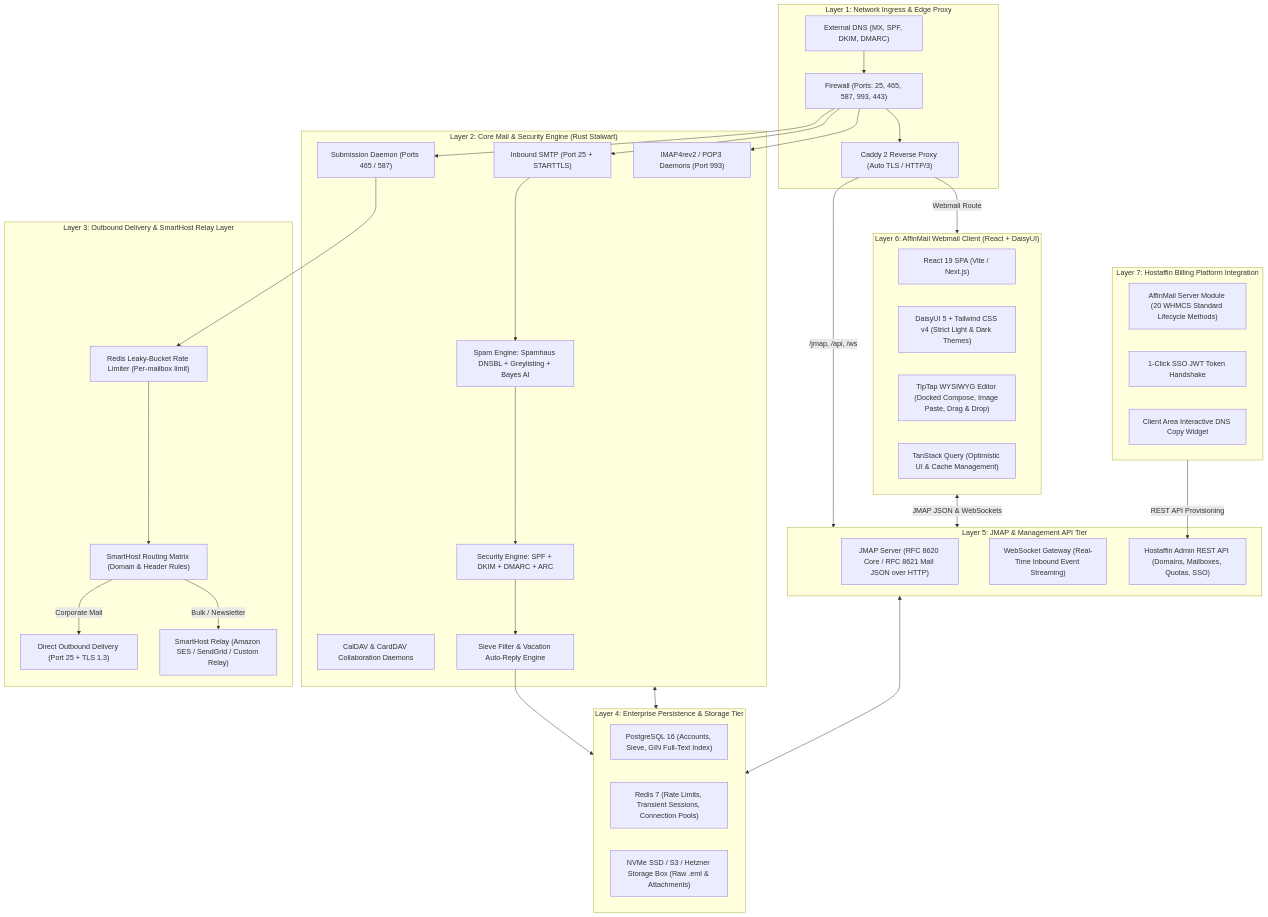
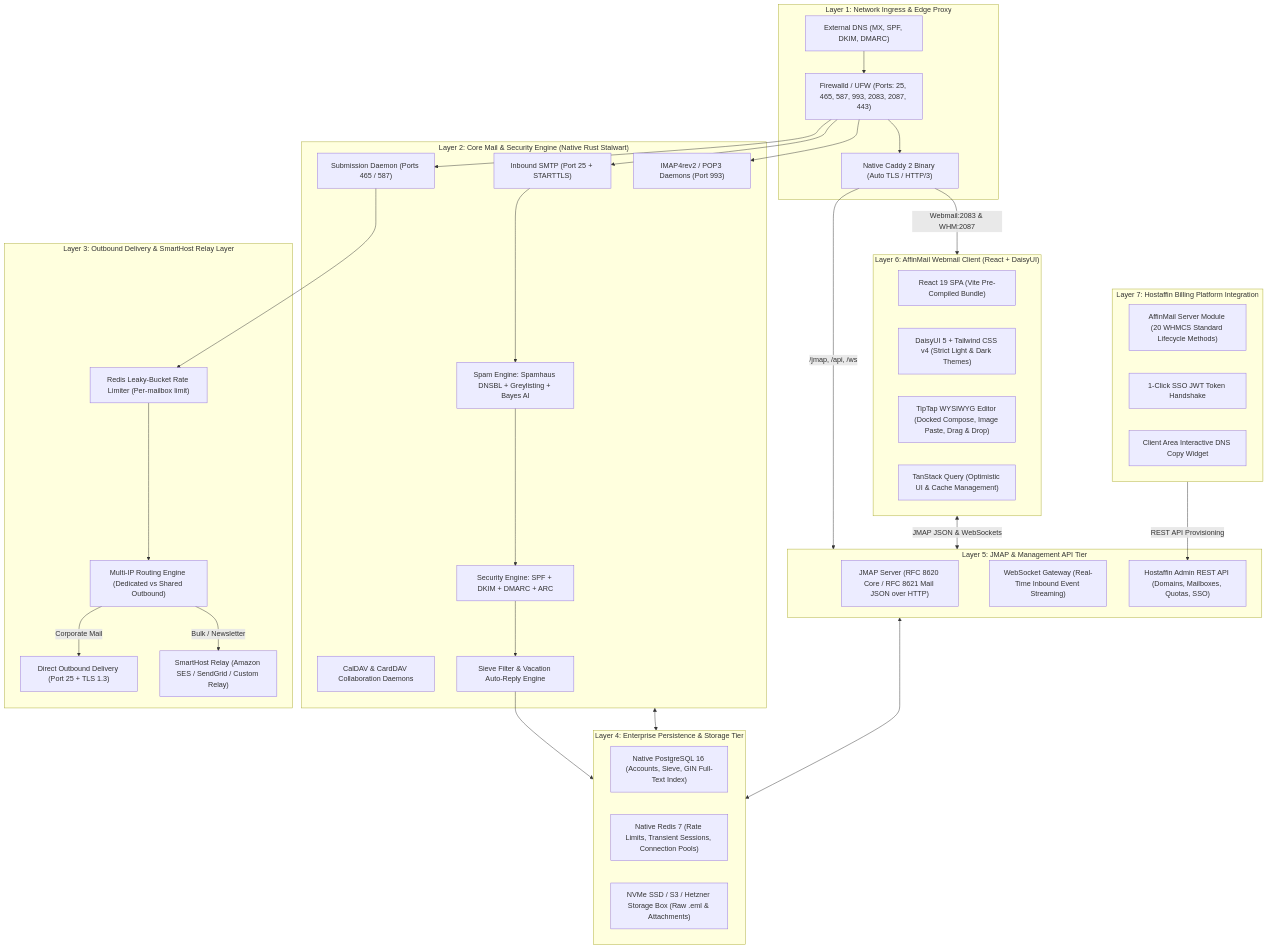
One commit to hostaffin/affinmail changed the diagram in README.md. Above: the diagram before and after it, drawn with Mermaid. The commit also changed other lines of this file and 17 other files, not shown here.

Commit message:
feat: complete zero-docker native bare-metal architecture with systemd services

````diff
--- a/README.md
+++ b/README.md
@@ -38,66 +80,66 @@
 ```mermaid
 flowchart TD
     subgraph L1["Layer 1: Network Ingress & Edge Proxy"]
         DNS["External DNS (MX, SPF, DKIM, DMARC)"]
-        Caddy["Caddy 2 Reverse Proxy (Auto TLS / HTTP/3)"]
-        Firewall["Firewall (Ports: 25, 465, 587, 993, 443)"]
+        Caddy["Native Caddy 2 Binary (Auto TLS / HTTP/3)"]
+        Firewall["Firewalld / UFW (Ports: 25, 465, 587, 993, 2083, 2087, 443)"]
     end
 
-    subgraph L2["Layer 2: Core Mail & Security Engine (Rust Stalwart)"]
+    subgraph L2["Layer 2: Core Mail & Security Engine (Native Rust Stalwart)"]
         SMTP_In["Inbound SMTP (Port 25 + STARTTLS)"]
         SMTP_Sub["Submission Daemon (Ports 465 / 587)"]
         IMAP_Daemon["IMAP4rev2 / POP3 Daemons (Port 993)"]
         CalCard["CalDAV & CardDAV Collaboration Daemons"]
         SpamDefense["Spam Engine: Spamhaus DNSBL + Greylisting + Bayes AI"]
         SecEngine["Security Engine: SPF + DKIM + DMARC + ARC"]
         SieveEngine["Sieve Filter & Vacation Auto-Reply Engine"]
     end
 
     subgraph L3["Layer 3: Outbound Delivery & SmartHost Relay Layer"]
-        Router["SmartHost Routing Matrix (Domain & Header Rules)"]
+        Router["Multi-IP Routing Engine (Dedicated vs Shared Outbound)"]
         RateLimiter["Redis Leaky-Bucket Rate Limiter (Per-mailbox limit)"]
         DirectOut["Direct Outbound Delivery (Port 25 + TLS 1.3)"]
         RelayOut["SmartHost Relay (Amazon SES / SendGrid / Custom Relay)"]
     end
 
     subgraph L4["Layer 4: Enterprise Persistence & Storage Tier"]
-        PG["PostgreSQL 16 (Accounts, Sieve, GIN Full-Text Index)"]
-        Redis["Redis 7 (Rate Limits, Transient Sessions, Connection Pools)"]
+        PG["Native PostgreSQL 16 (Accounts, Sieve, GIN Full-Text Index)"]
+        Redis["Native Redis 7 (Rate Limits, Transient Sessions, Connection Pools)"]
         BlobStore["NVMe SSD / S3 / Hetzner Storage Box (Raw .eml & Attachments)"]
     end
 
     subgraph L5["Layer 5: JMAP & Management API Tier"]
         JMAP["JMAP Server (RFC 8620 Core / RFC 8621 Mail JSON over HTTP)"]
         WS["WebSocket Gateway (Real-Time Inbound Event Streaming)"]
         AdminREST["Hostaffin Admin REST API (Domains, Mailboxes, Quotas, SSO)"]
     end
 
     subgraph L6["Layer 6: AffinMail Webmail Client (React + DaisyUI)"]
-        ReactApp["React 19 SPA (Vite / Next.js)"]
+        ReactApp["React 19 SPA (Vite Pre-Compiled Bundle)"]
         DaisyUI["DaisyUI 5 + Tailwind CSS v4 (Strict Light & Dark Themes)"]
         TipTap["TipTap WYSIWYG Editor (Docked Compose, Image Paste, Drag & Drop)"]
         QueryCache["TanStack Query (Optimistic UI & Cache Management)"]
     end
 
     subgraph L7["Layer 7: Hostaffin Billing Platform Integration"]
         Driver["AffinMail Server Module (20 WHMCS Standard Lifecycle Methods)"]
         SSOEngine["1-Click SSO JWT Token Handshake"]
         DNSWidget["Client Area Interactive DNS Copy Widget"]
     end
 
     %% Wiring
     DNS --> Firewall --> Caddy
     Firewall --> SMTP_In & SMTP_Sub & IMAP_Daemon
     Caddy -->|/jmap, /api, /ws| L5
-    Caddy -->|Webmail Route| L6
+    Caddy -->|Webmail:2083 & WHM:2087| L6
 
     SMTP_In --> SpamDefense --> SecEngine --> SieveEngine --> L4
     SMTP_Sub --> RateLimiter --> Router
     Router -->|Corporate Mail| DirectOut
     Router -->|Bulk / Newsletter| RelayOut
 
     L2 <--> L4
     L5 <--> L4
     L6 <-->|JMAP JSON & WebSockets| L5
     L7 -->|REST API Provisioning| AdminREST
 ```
````
